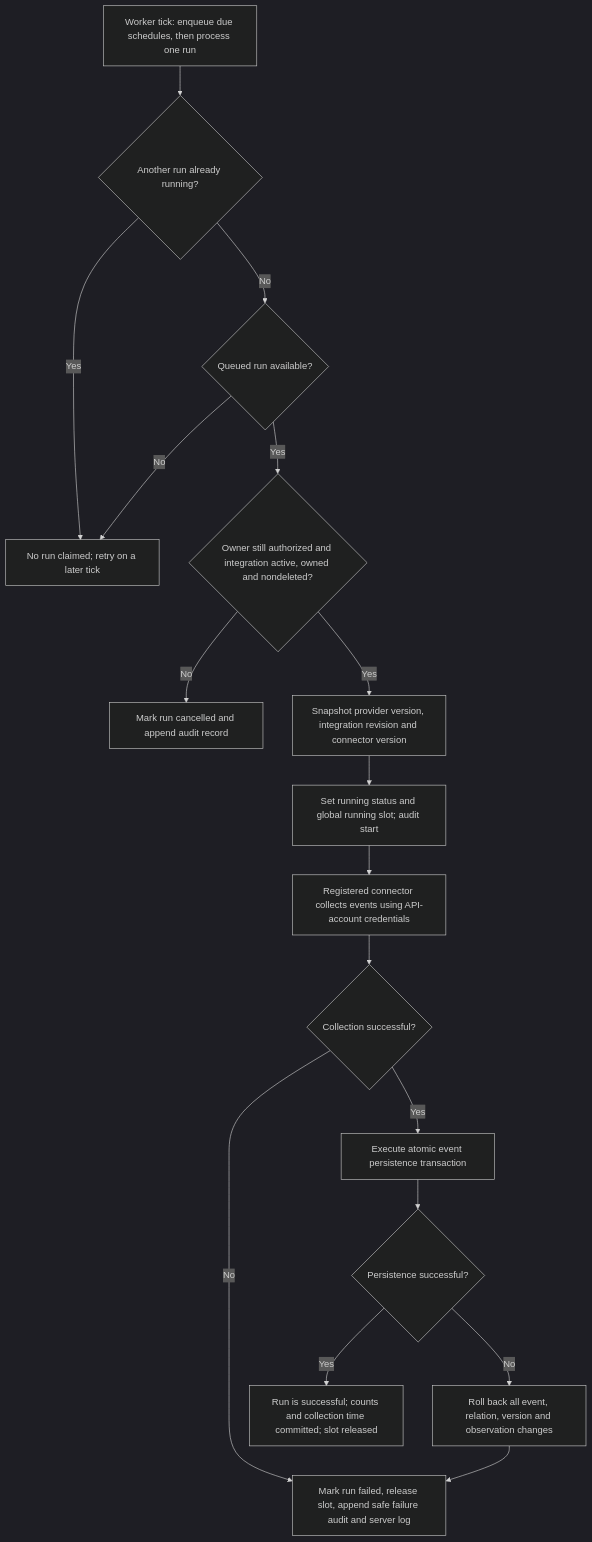
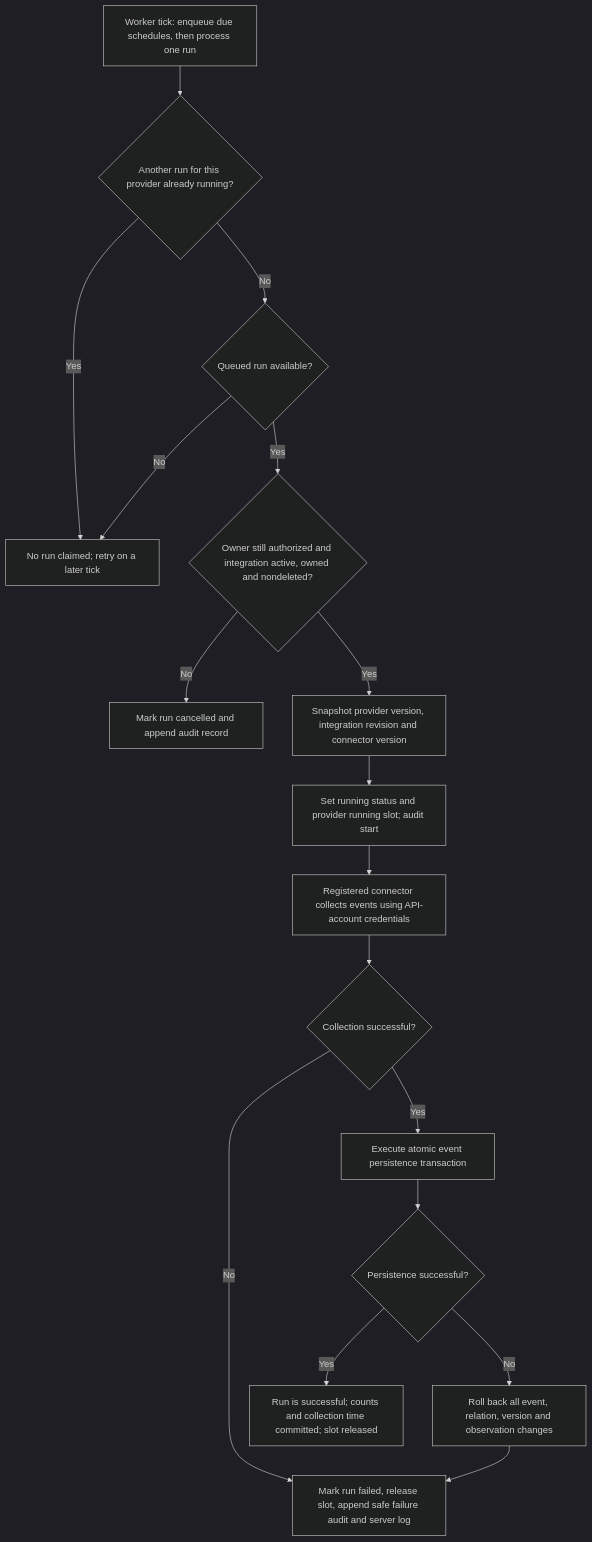
One commit to NatachaLlona/Sympla changed the second of 5 diagrams in docs/import-flow.md. Above: the diagram before and after it, drawn with Mermaid (dark theme). The commit also changed other lines of this file and 38 other files, not shown here.

````diff
--- a/docs/import-flow.md
+++ b/docs/import-flow.md
@@ -42,19 +42,19 @@
 ```mermaid
 flowchart TD
-    TICK["Worker tick: enqueue due schedules, then process one run"] --> SLOT{"Another run already running?"}
+    TICK["Worker tick: enqueue due schedules, then process one run"] --> SLOT{"Another run for this provider already running?"}
     SLOT -->|Yes| WAIT["No run claimed; retry on a later tick"]
     SLOT -->|No| JOB{"Queued run available?"}
     JOB -->|No| WAIT
     JOB -->|Yes| AUTH{"Owner still authorized and integration active, owned and nondeleted?"}
     AUTH -->|No| CANCEL["Mark run cancelled and append audit record"]
     AUTH -->|Yes| CLAIM["Snapshot provider version, integration revision and connector version"]
-    CLAIM --> RUNNING["Set running status and global running slot; audit start"]
+    CLAIM --> RUNNING["Set running status and provider running slot; audit start"]
     RUNNING --> COLLECT["Registered connector collects events using API-account credentials"]
     COLLECT --> FETCH{"Collection successful?"}
     FETCH -->|No| FAIL["Mark run failed, release slot, append safe failure audit and server log"]
     FETCH -->|Yes| PERSIST["Execute atomic event persistence transaction"]
     PERSIST --> RESULT{"Persistence successful?"}
     RESULT -->|No| ROLLBACK["Roll back all event, relation, version and observation changes"]
     ROLLBACK --> FAIL
     RESULT -->|Yes| SUCCESS["Run is successful; counts and collection time committed; slot released"]
 ```
````
